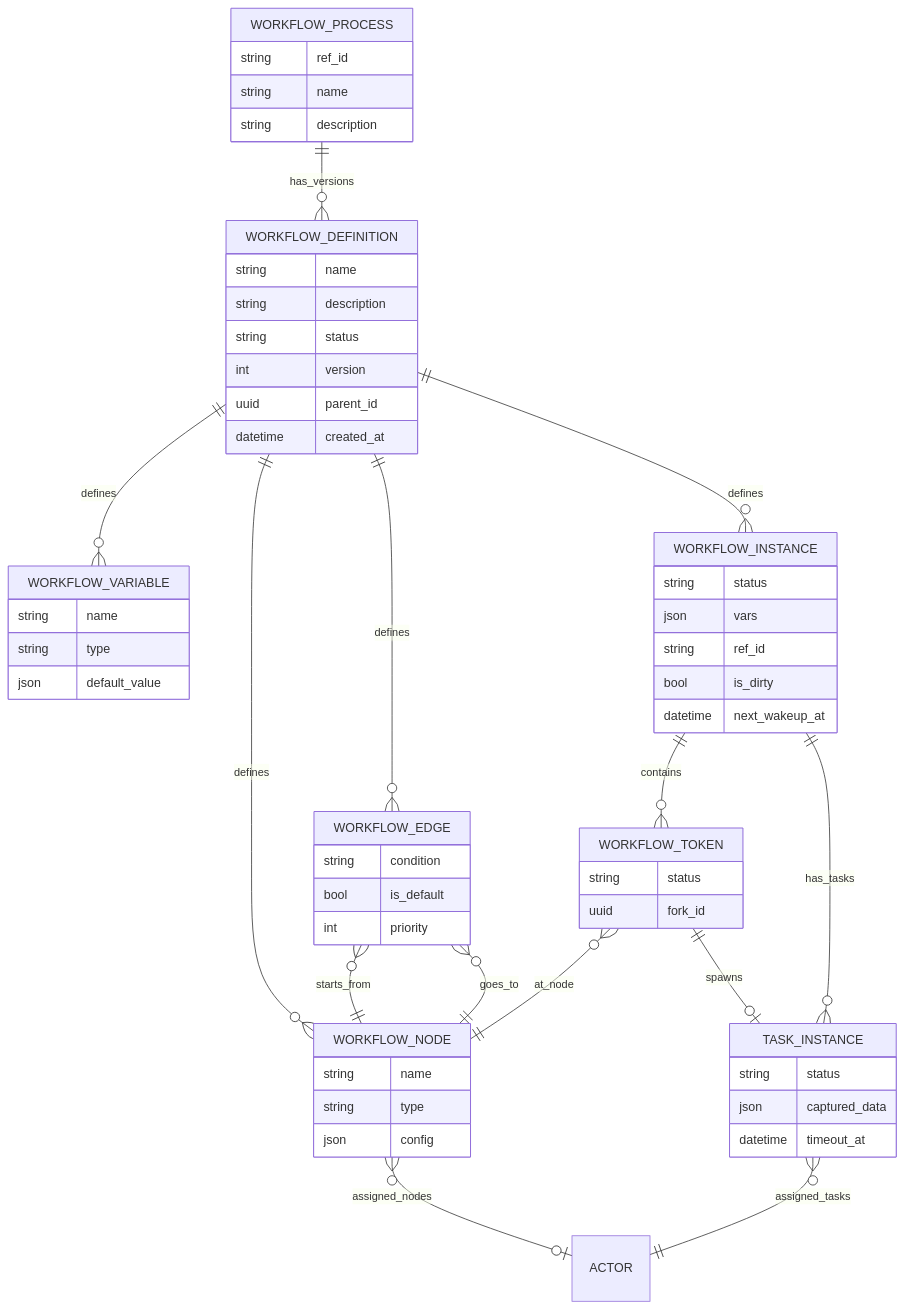
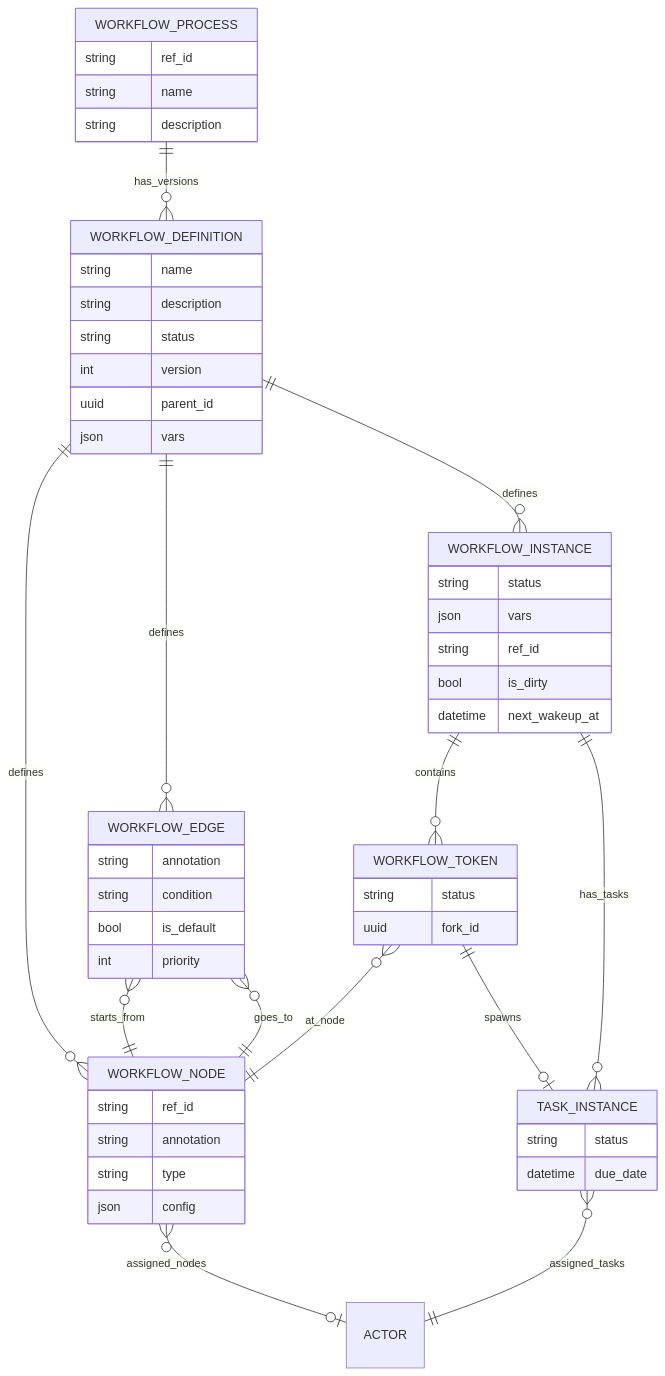
One commit to intuitem/ciso-assistant-community changed diagram 17 of 17 in documentation/architecture/data-model.md. Above: the diagram before and after it, drawn with Mermaid. The commit also changed other lines of this file, not shown here.

First line of the commit message:
Expand documentation on workflow engine and data model

````diff
--- a/documentation/architecture/data-model.md
+++ b/documentation/architecture/data-model.md
@@ -2120,73 +2132,56 @@
 ```mermaid
 erDiagram
   WORKFLOW_PROCESS   ||--o{ WORKFLOW_DEFINITION : has_versions
   WORKFLOW_DEFINITION||--o{ WORKFLOW_NODE       : defines
   WORKFLOW_DEFINITION||--o{ WORKFLOW_EDGE       : defines
-  WORKFLOW_DEFINITION||--o{ WORKFLOW_VARIABLE   : defines
   WORKFLOW_DEFINITION||--o{ WORKFLOW_INSTANCE   : defines
   WORKFLOW_EDGE      }o--|| WORKFLOW_NODE       : starts_from
   WORKFLOW_EDGE      }o--|| WORKFLOW_NODE       : goes_to
-
   WORKFLOW_TOKEN     ||--o| TASK_INSTANCE       : spawns
   WORKFLOW_TOKEN     }o--|| WORKFLOW_NODE       : at_node
   WORKFLOW_INSTANCE  ||--o{ TASK_INSTANCE       : has_tasks
-
-
   WORKFLOW_INSTANCE  ||--o{ WORKFLOW_TOKEN      : contains
-
-
   WORKFLOW_NODE      }o--o| ACTOR               : assigned_nodes
   TASK_INSTANCE      }o--|| ACTOR               : assigned_tasks
 
   WORKFLOW_PROCESS {
     string ref_id
     string name
     string description
   }
-
   WORKFLOW_DEFINITION {
     string name
     string description
     string status
     int version
     uuid parent_id
-    datetime created_at
+    json vars
   }
-
   WORKFLOW_NODE {
-    string name
+    string ref_id
+    string annotation
     string type
     json config
   }
-
   WORKFLOW_EDGE {
+    string annotation
     string condition
     bool is_default
     int priority
   }
-
-  WORKFLOW_VARIABLE {
-    string name
-    string type
-    json default_value
-  }
-
   WORKFLOW_INSTANCE {
     string status
     json vars
     string ref_id
     bool is_dirty
     datetime next_wakeup_at
   }
-
   WORKFLOW_TOKEN {
     string status
     uuid fork_id
   }
-
   TASK_INSTANCE {
     string status
-    json captured_data
-    datetime timeout_at
+    datetime due_date
   }
 ```
````
